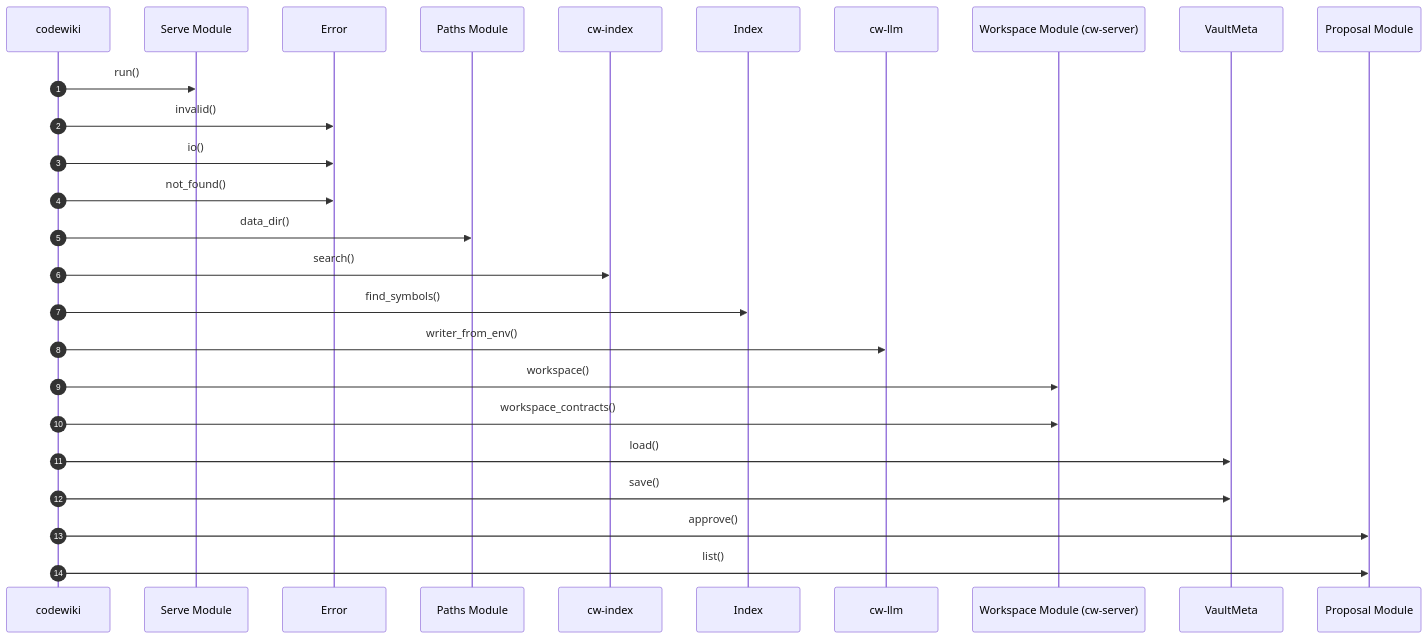
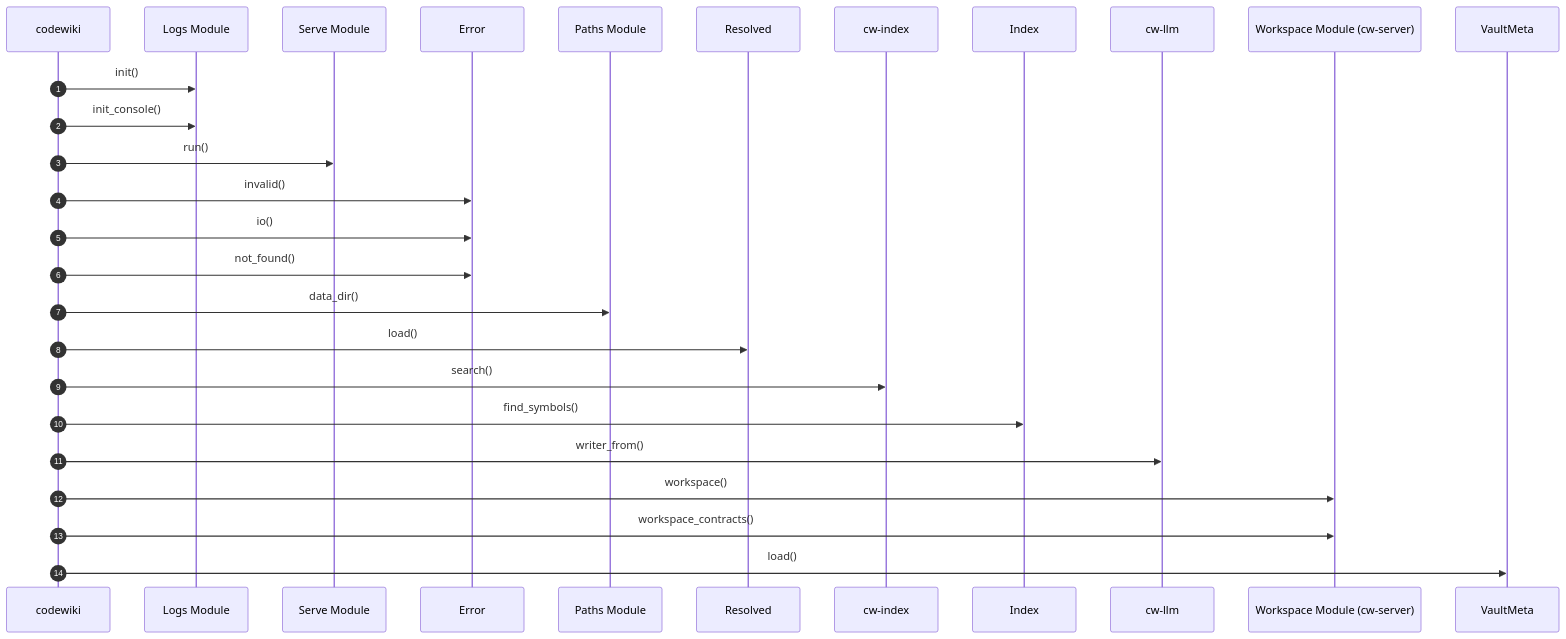
Before and after one commit to Fly-onlyone/CodeWiki: the diagram in obsidian/00-Architecture/codewiki Startup Flow.md, drawn with Mermaid. The commit also changed other lines of this file and 155 other files, not shown here.

````diff
--- a/obsidian/00-Architecture/codewiki Startup Flow.md
+++ b/obsidian/00-Architecture/codewiki Startup Flow.md
@@ -15,28 +15,29 @@
 ```mermaid
 sequenceDiagram
     autonumber
     participant p0 as codewiki
-    participant p1 as Serve Module
-    participant p2 as Error
-    participant p3 as Paths Module
-    participant p4 as cw-index
-    participant p5 as Index
-    participant p6 as cw-llm
-    participant p7 as Workspace Module (cw-server)
-    participant p8 as VaultMeta
-    participant p9 as Proposal Module
-    p0->>p1: run()
-    p0->>p2: invalid()
-    p0->>p2: io()
-    p0->>p2: not_found()
-    p0->>p3: data_dir()
-    p0->>p4: search()
-    p0->>p5: find_symbols()
-    p0->>p6: writer_from_env()
-    p0->>p7: workspace()
-    p0->>p7: workspace_contracts()
-    p0->>p8: load()
-    p0->>p8: save()
-    p0->>p9: approve()
-    p0->>p9: list()
+    participant p1 as Logs Module
+    participant p2 as Serve Module
+    participant p3 as Error
+    participant p4 as Paths Module
+    participant p5 as Resolved
+    participant p6 as cw-index
+    participant p7 as Index
+    participant p8 as cw-llm
+    participant p9 as Workspace Module (cw-server)
+    participant p10 as VaultMeta
+    p0->>p1: init()
+    p0->>p1: init_console()
+    p0->>p2: run()
+    p0->>p3: invalid()
+    p0->>p3: io()
+    p0->>p3: not_found()
+    p0->>p4: data_dir()
+    p0->>p5: load()
+    p0->>p6: search()
+    p0->>p7: find_symbols()
+    p0->>p8: writer_from()
+    p0->>p9: workspace()
+    p0->>p9: workspace_contracts()
+    p0->>p10: load()
 ```
````
